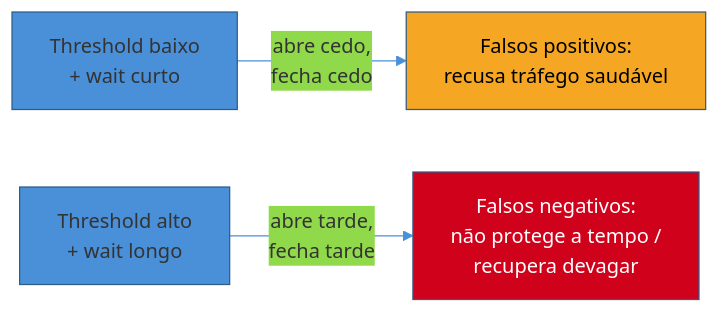
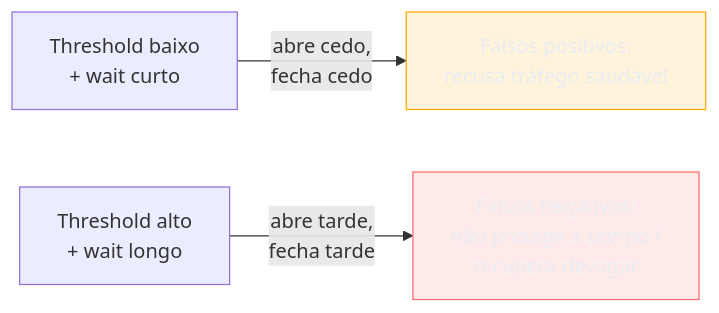
Before and after one commit to josenaldo/codex-technomanticus: the third of 4 diagrams in 03-Dominios/Engenharia/Operação/3 - Rodar em produção/06 - Resiliência operacional.md, drawn with Mermaid. The commit also changed other lines of this file and 1181 other files, not shown here.

First line of the commit message:
fix(diagramas): paleta do sistema no lugar de cor cravada no markdown

````diff
--- a/03-Dominios/Engenharia/Operação/3 - Rodar em produção/06 - Resiliência operacional.md
+++ b/03-Dominios/Engenharia/Operação/3 - Rodar em produção/06 - Resiliência operacional.md
@@ -108,9 +109,10 @@
 ```mermaid
-%%{init: {"theme": "base", "themeVariables": {"primaryColor": "#4A90D9", "primaryBorderColor": "#2E5C8A", "lineColor": "#4A90D9"}}}%%
 graph LR
+    classDef destaque fill:#FFAA0024,stroke:#FFAA00,color:#E9ECF2
+    classDef falha fill:#FF6B6B24,stroke:#FF6B6B,color:#E9ECF2
     A["Threshold baixo<br/>+ wait curto"] -->|"abre cedo,<br/>fecha cedo"| B["Falsos positivos:<br/>recusa tráfego saudável"]
     C["Threshold alto<br/>+ wait longo"] -->|"abre tarde,<br/>fecha tarde"| D["Falsos negativos:<br/>não protege a tempo /<br/>recupera devagar"]
 
-    style B fill:#F5A623,stroke:#2E5C8A,color:#000
-    style D fill:#D0021B,stroke:#2E5C8A,color:#fff
+    class B destaque
+    class D falha
 ```
````
